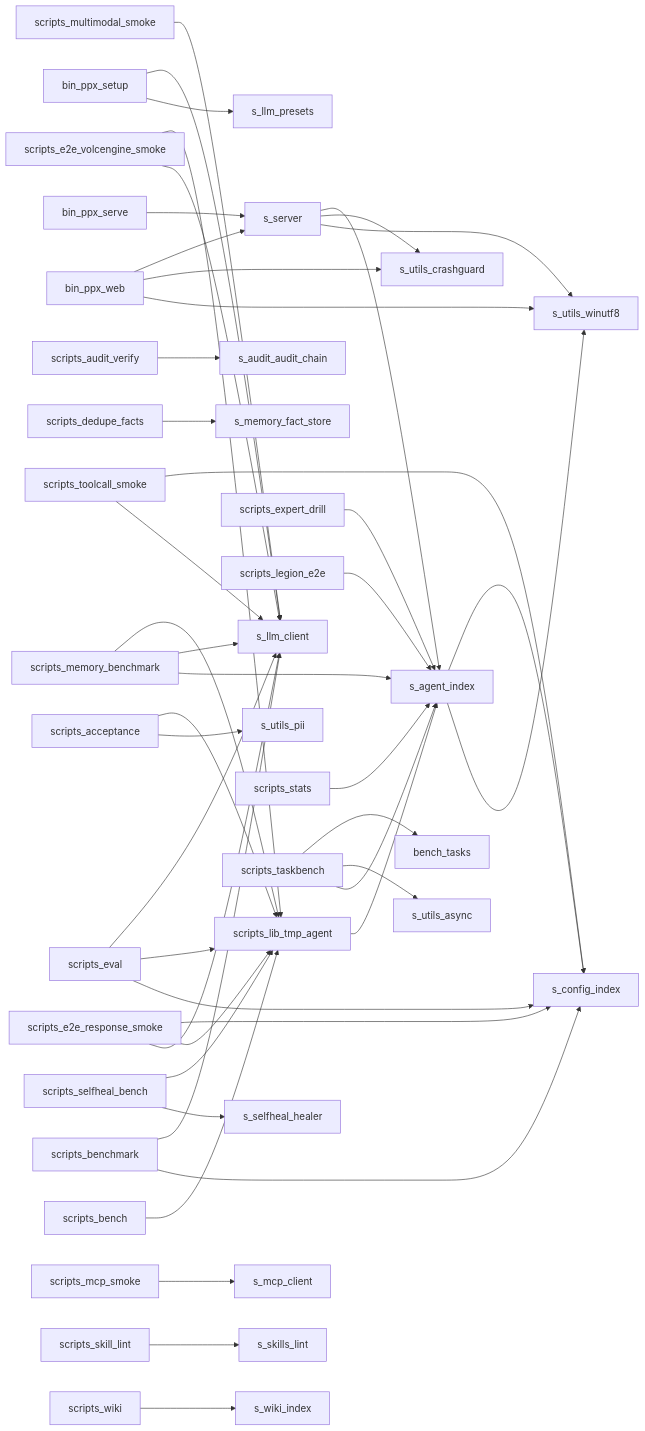
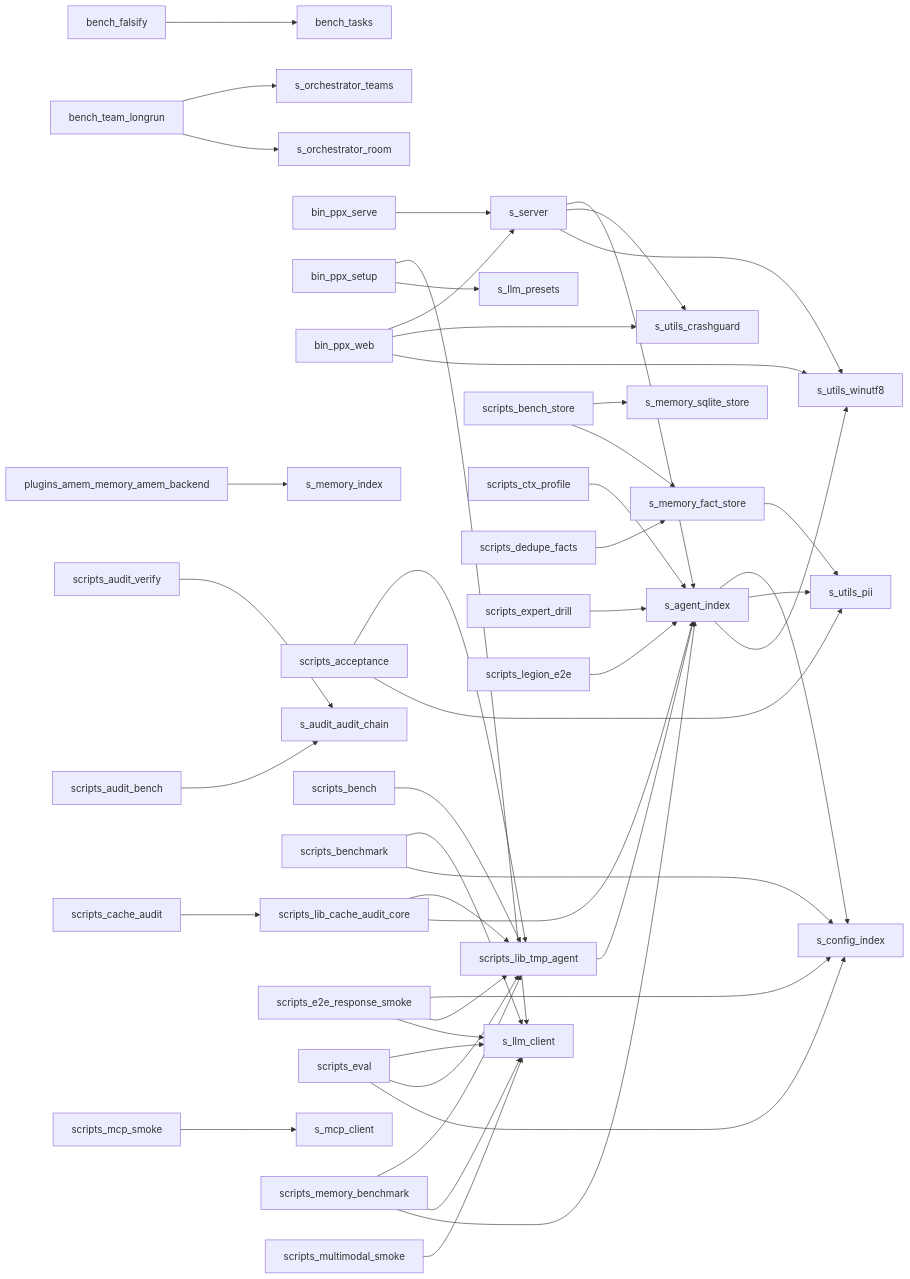
The diagram in docs/WIKI.md (chen6896qqwee/PPXANS-Harness), drawn with Mermaid before and after one commit. The commit also changed other lines of this file and 199 other files, not shown here.

````diff
--- a/docs/WIKI.md
+++ b/docs/WIKI.md
@@ -1670,47 +2733,48 @@
 ```mermaid
 graph LR
+  bench_falsify --> bench_tasks
+  bench_team_longrun --> s_orchestrator_room
+  bench_team_longrun --> s_orchestrator_teams
   bin_ppx_serve --> s_server
   bin_ppx_setup --> s_llm_presets
   bin_ppx_setup --> s_llm_client
   bin_ppx_web --> s_utils_winutf8
   bin_ppx_web --> s_utils_crashguard
   bin_ppx_web --> s_server
+  plugins_amem_memory_amem_backend --> s_memory_index
   scripts_acceptance --> s_utils_pii
   scripts_acceptance --> scripts_lib_tmp_agent
+  scripts_audit_bench --> s_audit_audit_chain
   scripts_audit_verify --> s_audit_audit_chain
+  scripts_bench_store --> s_memory_fact_store
+  scripts_bench_store --> s_memory_sqlite_store
   scripts_bench --> scripts_lib_tmp_agent
   scripts_benchmark --> s_config_index
   scripts_benchmark --> s_llm_client
+  scripts_cache_audit --> scripts_lib_cache_audit_core
+  scripts_ctx_profile --> s_agent_index
   scripts_dedupe_facts --> s_memory_fact_store
   scripts_e2e_response_smoke --> s_llm_client
   scripts_e2e_response_smoke --> scripts_lib_tmp_agent
   scripts_e2e_response_smoke --> s_config_index
-  scripts_e2e_volcengine_smoke --> s_llm_client
-  scripts_e2e_volcengine_smoke --> scripts_lib_tmp_agent
   scripts_eval --> s_config_index
   scripts_eval --> scripts_lib_tmp_agent
   scripts_eval --> s_llm_client
   scripts_expert_drill --> s_agent_index
   scripts_legion_e2e --> s_agent_index
   scripts_mcp_smoke --> s_mcp_client
   scripts_memory_benchmark --> s_agent_index
   scripts_memory_benchmark --> s_llm_client
   scripts_memory_benchmark --> scripts_lib_tmp_agent
   scripts_multimodal_smoke --> s_llm_client
-  scripts_selfheal_bench --> s_selfheal_healer
-  scripts_selfheal_bench --> scripts_lib_tmp_agent
-  scripts_skill_lint --> s_skills_lint
-  scripts_stats --> s_agent_index
-  scripts_taskbench --> s_agent_index
-  scripts_taskbench --> s_utils_async
-  scripts_taskbench --> bench_tasks
-  scripts_toolcall_smoke --> s_llm_client
-  scripts_toolcall_smoke --> s_config_index
-  scripts_wiki --> s_wiki_index
+  scripts_lib_cache_audit_core --> s_agent_index
+  scripts_lib_cache_audit_core --> scripts_lib_tmp_agent
   scripts_lib_tmp_agent --> s_agent_index
   s_server --> s_utils_winutf8
   s_server --> s_utils_crashguard
   s_server --> s_agent_index
   s_agent_index --> s_utils_winutf8
+  s_agent_index --> s_utils_pii
   s_agent_index --> s_config_index
+  s_memory_fact_store --> s_utils_pii
 ```
````
